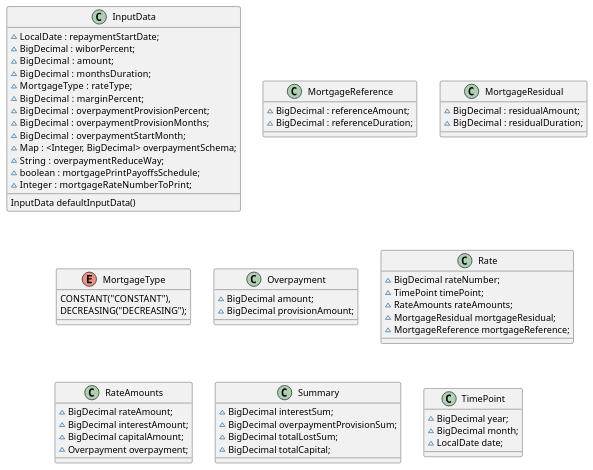
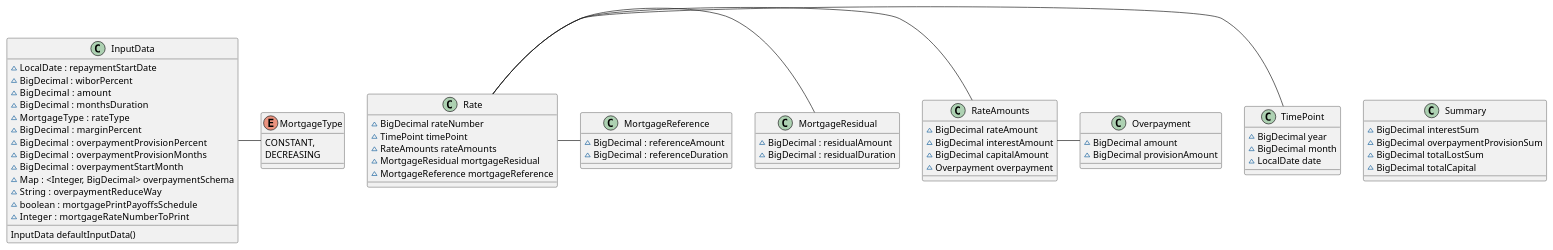
One commit to 0xRobert1997/Workshops changed the diagram in src/Workshops/no9_uml/exercise/src/main/java/pl/zajavka/mortgage/classes.puml. Above: the diagram before and after it, drawn with PlantUML. The commit also changed 39 other files, not shown here.

```diff
--- a/src/Workshops/no9_uml/exercise/src/main/java/pl/zajavka/mortgage/classes.puml
+++ b/src/Workshops/no9_uml/exercise/src/main/java/pl/zajavka/mortgage/classes.puml
@@ -1,63 +1,71 @@
 @startuml
 class InputData {
-   {field} ~LocalDate : repaymentStartDate;
-   {field} ~ BigDecimal : wiborPercent;
-   {field} ~ BigDecimal :  amount;
-   {field} ~ BigDecimal :  monthsDuration;
-   {field} ~ MortgageType :  rateType;
-   {field} ~ BigDecimal :  marginPercent;
-   {field} ~ BigDecimal :  overpaymentProvisionPercent;
-   {field} ~ BigDecimal :  overpaymentProvisionMonths;
-   {field} ~ BigDecimal :  overpaymentStartMonth;
-   {field} ~ Map : <Integer, BigDecimal> overpaymentSchema;
-   {field} ~ String :  overpaymentReduceWay;
-   {field} ~ boolean :  mortgagePrintPayoffsSchedule;
-   {field} ~ Integer :  mortgageRateNumberToPrint;
+   {field} ~LocalDate : repaymentStartDate
+   {field} ~ BigDecimal : wiborPercent
+   {field} ~ BigDecimal :  amount
+   {field} ~ BigDecimal :  monthsDuration
+   {field} ~ MortgageType :  rateType
+   {field} ~ BigDecimal :  marginPercent
+   {field} ~ BigDecimal :  overpaymentProvisionPercent
+   {field} ~ BigDecimal :  overpaymentProvisionMonths
+   {field} ~ BigDecimal :  overpaymentStartMonth
+   {field} ~ Map : <Integer, BigDecimal> overpaymentSchema
+   {field} ~ String :  overpaymentReduceWay
+   {field} ~ boolean :  mortgagePrintPayoffsSchedule
+   {field} ~ Integer :  mortgageRateNumberToPrint
    {method} InputData defaultInputData()
 }
+InputData - MortgageType
 
 class MortgageReference {
-    {field} ~ BigDecimal : referenceAmount;
-    {field} ~ BigDecimal : referenceDuration;
+    {field} ~ BigDecimal : referenceAmount
+    {field} ~ BigDecimal : referenceDuration
     }
 class MortgageResidual {
-    {field} ~ BigDecimal : residualAmount;
-    {field} ~ BigDecimal : residualDuration;
-    }
+    {field} ~ BigDecimal : residualAmount
+    {field} ~ BigDecimal : residualDuration
+}
 enum MortgageType {
-    {field} CONSTANT("CONSTANT"),
-    {field} DECREASING("DECREASING");
-    }
+    {field} CONSTANT,
+    {field} DECREASING
+}
 class Overpayment {
-'    {field} {static} + final String REDUCE_RATE = "REDUCE_RATE";
-'    {field} {static} + final String REDUCE_PERIOD = "REDUCE_PERIOD";
-    {field} ~ BigDecimal amount;
-    {field} ~ BigDecimal provisionAmount;
-    }
+'    {field} {static} + final String REDUCE_RATE = "REDUCE_RATE"
+'    {field} {static} + final String REDUCE_PERIOD = "REDUCE_PERIOD"
+    {field} ~ BigDecimal amount
+    {field} ~ BigDecimal provisionAmount
+}
 class Rate {
-    {field} ~ BigDecimal rateNumber;
-    {field} ~ TimePoint timePoint;
-    {field} ~ RateAmounts rateAmounts;
-    {field} ~ MortgageResidual mortgageResidual;
-    {field} ~ MortgageReference mortgageReference;
-    }
+    {field} ~ BigDecimal rateNumber
+    {field} ~ TimePoint timePoint
+    {field} ~ RateAmounts rateAmounts
+    {field} ~ MortgageResidual mortgageResidual
+    {field} ~ MortgageReference mortgageReference
+}
+    Rate - TimePoint
+    Rate - RateAmounts
+    Rate - MortgageResidual
+    Rate - MortgageReference
+
 class RateAmounts {
-    {field} ~ BigDecimal rateAmount;
-    {field} ~ BigDecimal interestAmount;
-    {field} ~ BigDecimal capitalAmount;
-    {field} ~ Overpayment overpayment;
-    }
+    {field} ~ BigDecimal rateAmount
+    {field} ~ BigDecimal interestAmount
+    {field} ~ BigDecimal capitalAmount
+    {field} ~ Overpayment overpayment
+}
+RateAmounts - Overpayment
+
 class Summary {
-    {field} ~ BigDecimal interestSum;
-    {field} ~ BigDecimal overpaymentProvisionSum;
-    {field} ~ BigDecimal totalLostSum;
-    {field} ~ BigDecimal totalCapital;
+    {field} ~ BigDecimal interestSum
+    {field} ~ BigDecimal overpaymentProvisionSum
+    {field} ~ BigDecimal totalLostSum
+    {field} ~ BigDecimal totalCapital
 }
 class TimePoint {
-    {field} ~ BigDecimal year;
-    {field} ~ BigDecimal month;
-    {field} ~ LocalDate date;
+    {field} ~ BigDecimal year
+    {field} ~ BigDecimal month
+    {field} ~ LocalDate date
 }
 
 
 @enduml
```
